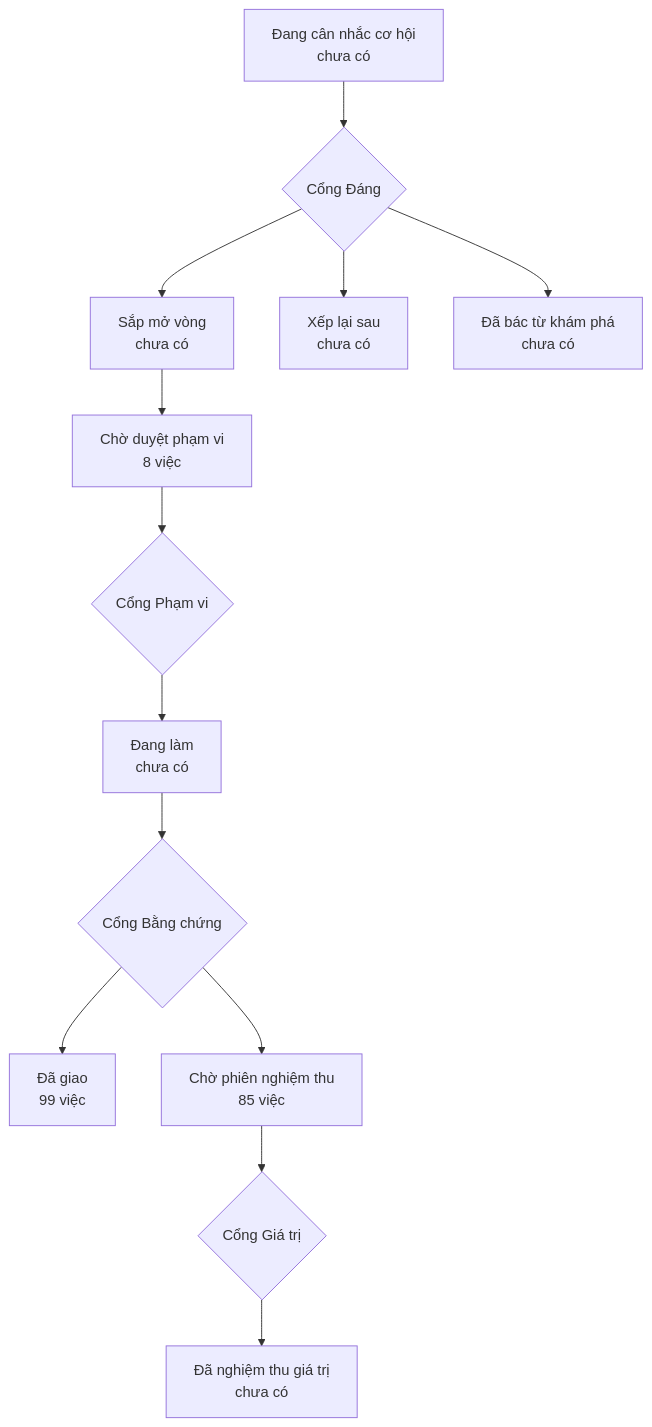
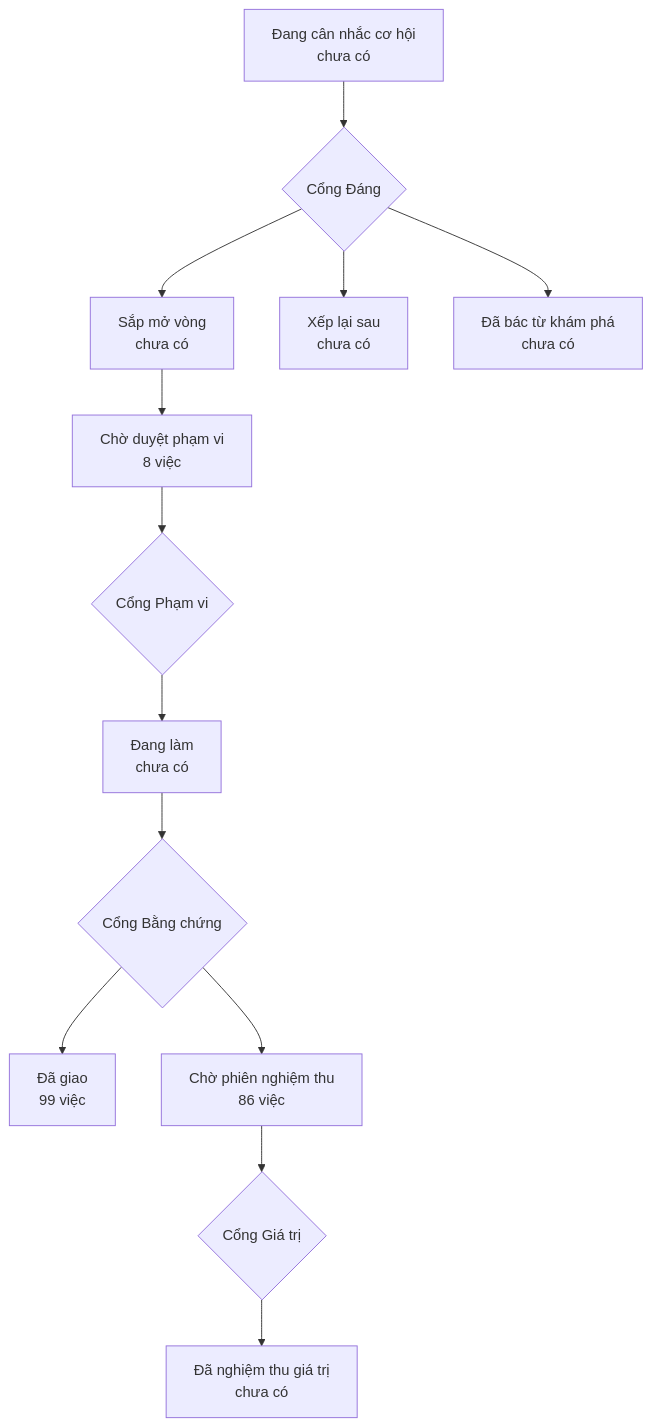
The diagram in PRODUCT-MAP.md (phanlemanh/onehub-invest), drawn with Mermaid before and after one commit. The commit also changed other lines of this file and 1 other file, not shown here.

Commit message:
chore(acceptance): vẽ lại bản đồ sau gộp main

````diff
--- a/PRODUCT-MAP.md
+++ b/PRODUCT-MAP.md
@@ -7,12 +7,12 @@
 ```mermaid
 flowchart TD
   A["Đang cân nhắc cơ hội<br/>chưa có"] --> GD{"Cổng Đáng"}
   GD --> B["Sắp mở vòng<br/>chưa có"]
   GD --> XL["Xếp lại sau<br/>chưa có"]
   GD --> DB["Đã bác từ khám phá<br/>chưa có"]
   B --> CD["Chờ duyệt phạm vi<br/>8 việc"] --> GP{"Cổng Phạm vi"}
   GP --> DL["Đang làm<br/>chưa có"] --> GB{"Cổng Bằng chứng"}
   GB --> DG["Đã giao<br/>99 việc"]
-  GB --> CN["Chờ phiên nghiệm thu<br/>85 việc"] --> GG{"Cổng Giá trị"}
+  GB --> CN["Chờ phiên nghiệm thu<br/>86 việc"] --> GG{"Cổng Giá trị"}
   GG --> NT["Đã nghiệm thu giá trị<br/>chưa có"]
 ```
````
